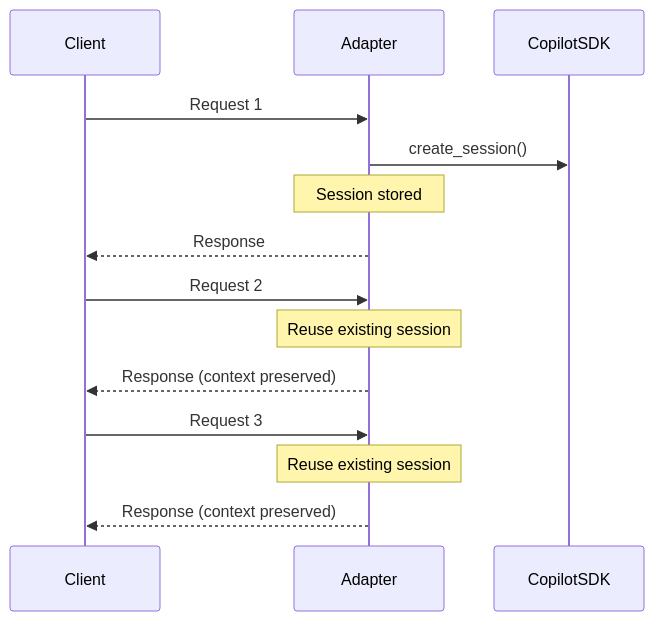
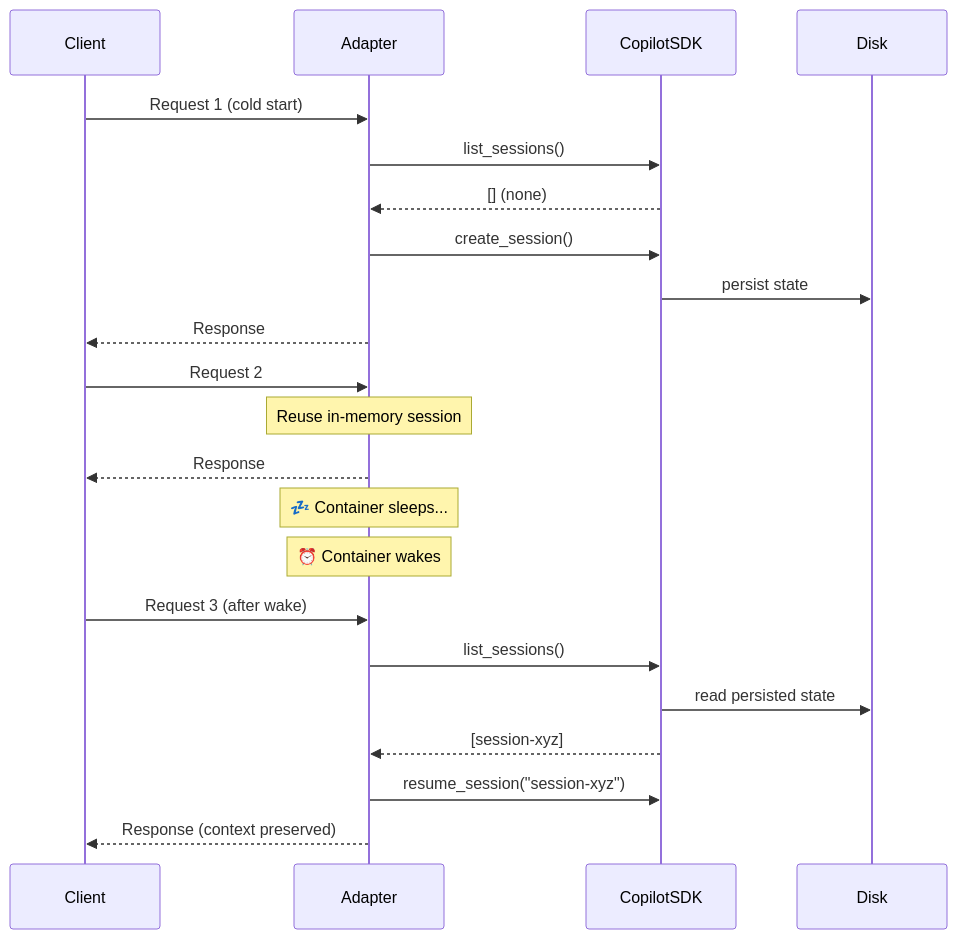
One commit to ankitbko/azure-sdk-for-python changed the second of 3 diagrams in sdk/agentserver/azure-ai-agentserver-copilot/ARCHITECTURE.md. Above: the diagram before and after it, drawn with Mermaid. The commit also changed other lines of this file and 6 other files, not shown here.

Commit message:
Enhance session management in CopilotAdapter to support persistence across container sleep/wake cycles; update Dockerfiles to use base image vnext-6; add dev-connect skill for VS Code tunnel setup.

````diff
--- a/sdk/agentserver/azure-ai-agentserver-copilot/ARCHITECTURE.md
+++ b/sdk/agentserver/azure-ai-agentserver-copilot/ARCHITECTURE.md
@@ -115,19 +116,28 @@
 ```mermaid
 sequenceDiagram
     participant Client
     participant Adapter
     participant CopilotSDK
+    participant Disk
 
-    Client->>Adapter: Request 1
+    Client->>Adapter: Request 1 (cold start)
+    Adapter->>CopilotSDK: list_sessions()
+    CopilotSDK-->>Adapter: [] (none)
     Adapter->>CopilotSDK: create_session()
-    Note over Adapter: Session stored
+    CopilotSDK->>Disk: persist state
     Adapter-->>Client: Response
 
     Client->>Adapter: Request 2
-    Note over Adapter: Reuse existing session
-    Adapter-->>Client: Response (context preserved)
+    Note over Adapter: Reuse in-memory session
+    Adapter-->>Client: Response
 
-    Client->>Adapter: Request 3
-    Note over Adapter: Reuse existing session
+    Note over Adapter: 💤 Container sleeps...
+    Note over Adapter: ⏰ Container wakes
+
+    Client->>Adapter: Request 3 (after wake)
+    Adapter->>CopilotSDK: list_sessions()
+    CopilotSDK->>Disk: read persisted state
+    CopilotSDK-->>Adapter: [session-xyz]
+    Adapter->>CopilotSDK: resume_session("session-xyz")
     Adapter-->>Client: Response (context preserved)
 ```
````
